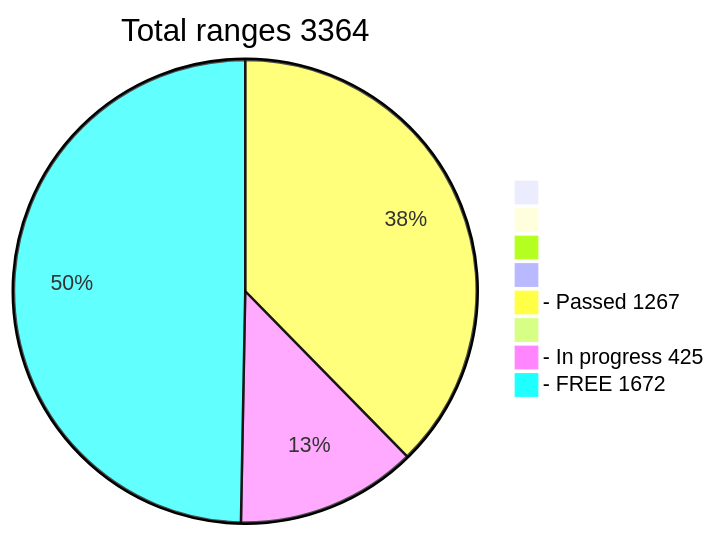
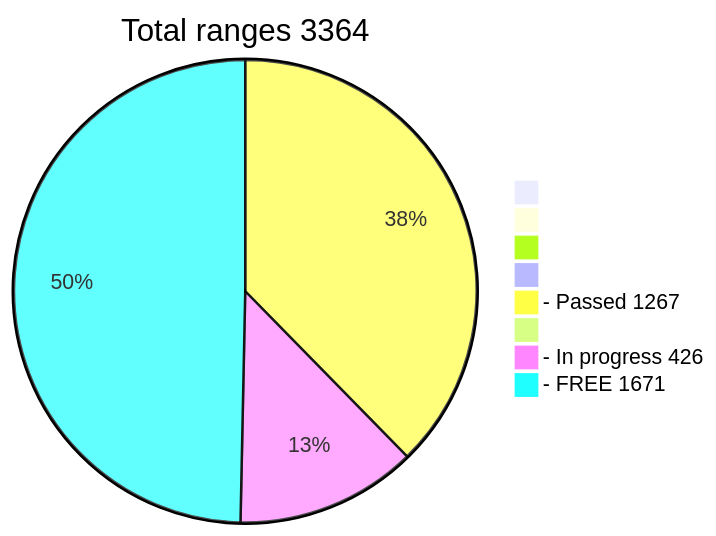
The diagram in README.md (phrutis/wif500), drawn with Mermaid before and after one commit.

````diff
--- a/README.md
+++ b/README.md
@@ -16,12 +16,12 @@
 ```mermaid
 pie title Total ranges 3364
              " " : 0
             "  " : 0
            "   " : 0
           "    " : 0
   "- Passed 1267" : 1267
          "     " : 0
-  "- In progress 425" : 425
-   "- FREE 1672" : 1672
+  "- In progress 426" : 426
+   "- FREE 1671" : 1671
    
 ```
````
